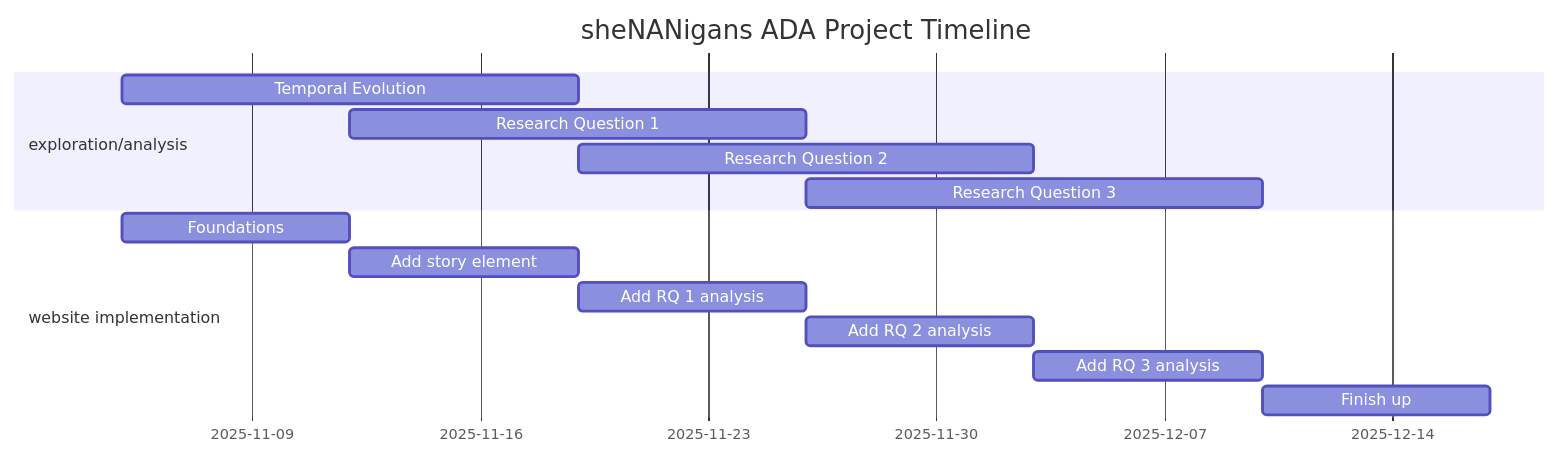
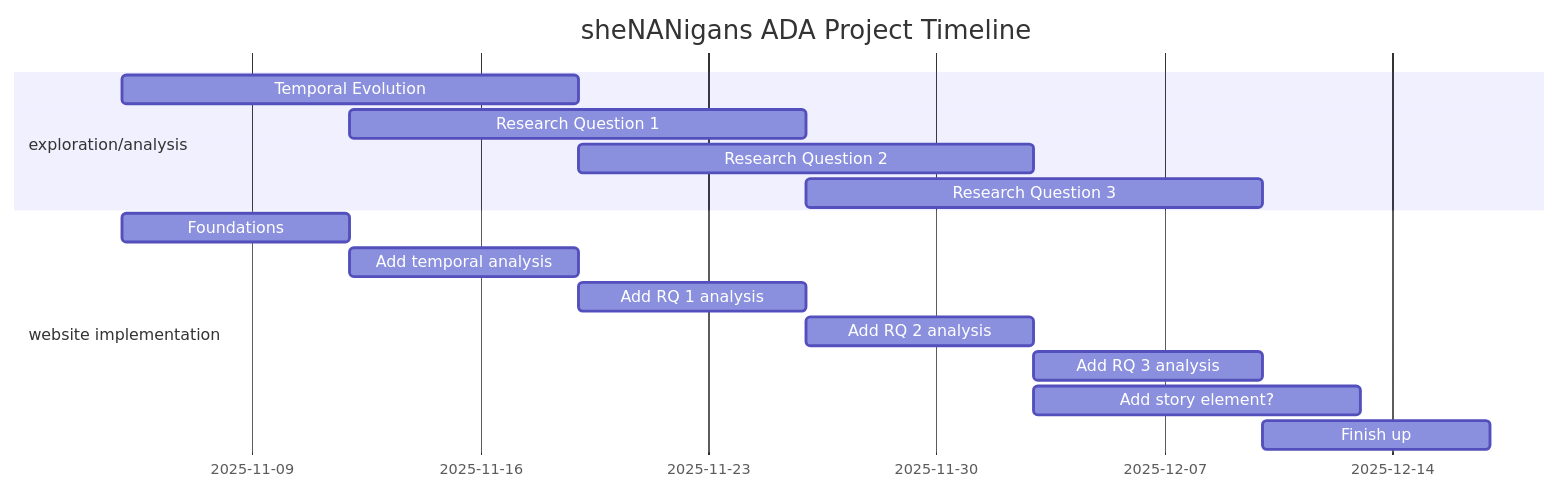
One commit to epfl-ada/ada-2025-project-shenanigans changed the diagram in README.md. Above: the diagram before and after it, drawn with Mermaid. The commit also changed other lines of this file, not shown here.

````diff
--- a/README.md
+++ b/README.md
@@ -118,18 +118,19 @@
 ```mermaid
 gantt
     title sheNANigans ADA Project Timeline
     dateFormat YYYY-MM-DD
     tickInterval 1week
     section exploration/analysis
         Temporal Evolution : 2025-11-5, 14d
         Research Question 1 : 2025-11-12, 14d
         Research Question 2 : 2025-11-19, 14d
         Research Question 3 : 2025-11-26, 14d
     section website implementation
         Foundations        : 2025-11-5, 7d
-        Add story element  : 2025-11-12, 7d
+        Add temporal analysis  : 2025-11-12, 7d
         Add RQ 1 analysis  : 2025-11-19, 7d
         Add RQ 2 analysis  : 2025-11-26, 7d
         Add RQ 3 analysis  : 2025-12-3, 7d
+        Add story element? : 2025-12-3, 10d
         Finish up          : 2025-12-10, 2025-12-17
 ```
````
